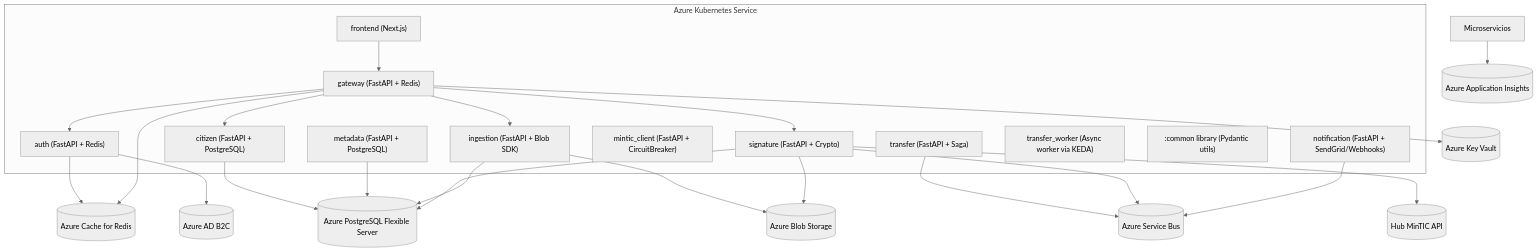
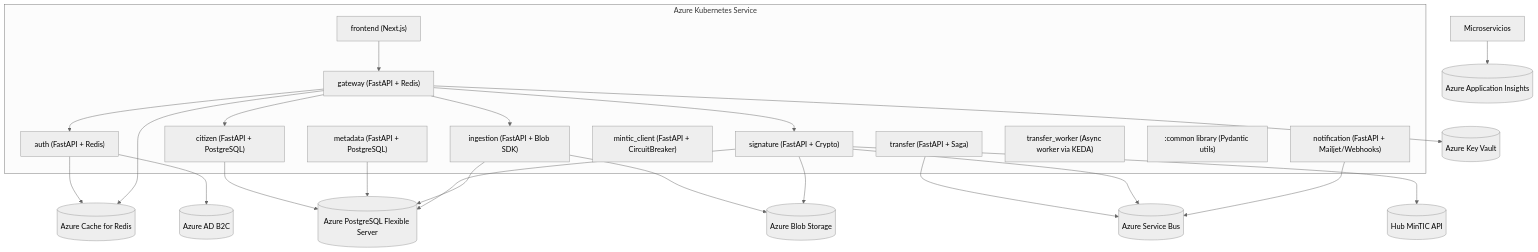
Before and after one commit to manuquistial/arquitectura-avanzada: the third of 8 diagrams in docs/ARQUITECTURA_CARPETA_CIUDADANA.md, drawn with Mermaid. The commit also changed other lines of this file and 16 other files, not shown here.

````diff
--- a/docs/ARQUITECTURA_CARPETA_CIUDADANA.md
+++ b/docs/ARQUITECTURA_CARPETA_CIUDADANA.md
@@ -209,48 +209,48 @@
 ```mermaid
 %%{init: {'theme': 'neutral'}}%%
 graph TD
   subgraph AKS["Azure Kubernetes Service"]
     Frontend["frontend (Next.js)"]
     GatewayMS["gateway (FastAPI + Redis)"]
     CitizenMS["citizen (FastAPI + PostgreSQL)"]
     AuthMS["auth (FastAPI + Redis)"]
     IngestionMS["ingestion (FastAPI + Blob SDK)"]
     MetadataMS["metadata (FastAPI + PostgreSQL)"]
     SignatureMS["signature (FastAPI + Crypto)"]
     MinticMS["mintic_client (FastAPI + CircuitBreaker)"]
-    NotificationMS["notification (FastAPI + SendGrid/Webhooks)"]
+    NotificationMS["notification (FastAPI + Mailjet/Webhooks)"]
     TransferMS["transfer (FastAPI + Saga)"]
     TransferWorker["transfer_worker (Async worker via KEDA)"]
     CommonLib[":common library (Pydantic utils)"]
   end
 
   PostgreSQL[(Azure PostgreSQL Flexible Server)]
   Redis[(Azure Cache for Redis)]
   Blob[(Azure Blob Storage)]
   ServiceBus[(Azure Service Bus)]
   KeyVault[(Azure Key Vault)]
   AppInsights[(Azure Application Insights)]
   ADB2C[(Azure AD B2C)]
   MinTIC[(Hub MinTIC API)]
 
   Frontend --> GatewayMS
   GatewayMS --> AuthMS
   GatewayMS --> CitizenMS
   GatewayMS --> IngestionMS
   GatewayMS --> SignatureMS
   CitizenMS --> PostgreSQL
   MetadataMS --> PostgreSQL
   SignatureMS --> PostgreSQL
   IngestionMS --> Blob
   IngestionMS --> PostgreSQL
   SignatureMS --> Blob
   AuthMS --> Redis
   GatewayMS --> Redis
   TransferMS --> ServiceBus
   SignatureMS --> ServiceBus
   NotificationMS --> ServiceBus
   GatewayMS --> KeyVault
   AuthMS --> ADB2C
   SignatureMS --> MinTIC
   AllMS["Microservicios"] --> AppInsights
 ```
````
